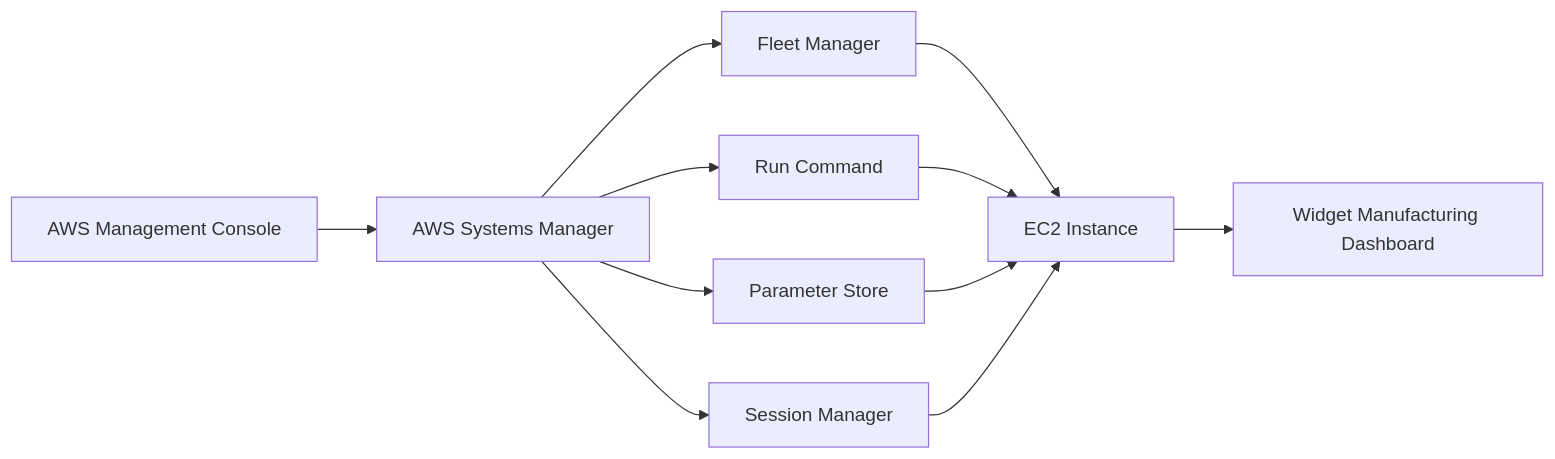
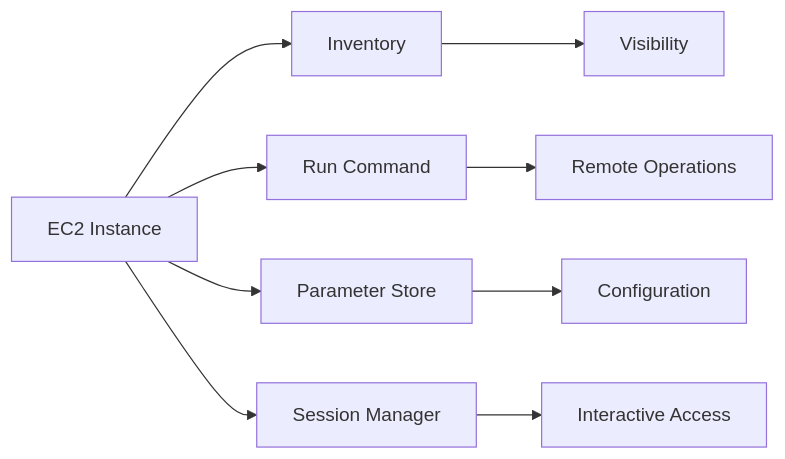
Before and after one commit to laisrdrgs/cloud-labs: the second of 4 diagrams in 05-systems-manager/README.md, drawn with Mermaid. The commit also changed other lines of this file, not shown here.

First line of the commit message:
Revise README for AWS Systems Manager lab clarity

````diff
--- a/05-systems-manager/README.md
+++ b/05-systems-manager/README.md
@@ -23,16 +163,12 @@
-```mermaid
+```mermaid id="e1i3gz"
 flowchart LR
-    A["AWS Management Console"] --> B["AWS Systems Manager"]
+    A["EC2 Instance"] --> B["Inventory"]
+    A --> C["Run Command"]
+    A --> D["Parameter Store"]
+    A --> E["Session Manager"]
 
-    B --> C["Fleet Manager"]
-    B --> D["Run Command"]
-    B --> E["Parameter Store"]
-    B --> F["Session Manager"]
-
-    C --> G["EC2 Instance"]
-    D --> G
-    E --> G
-    F --> G
-
-    G --> H["Widget Manufacturing Dashboard"]
+    B --> B1["Visibility"]
+    C --> C1["Remote Operations"]
+    D --> D1["Configuration"]
+    E --> E1["Interactive Access"]
 ```
````
